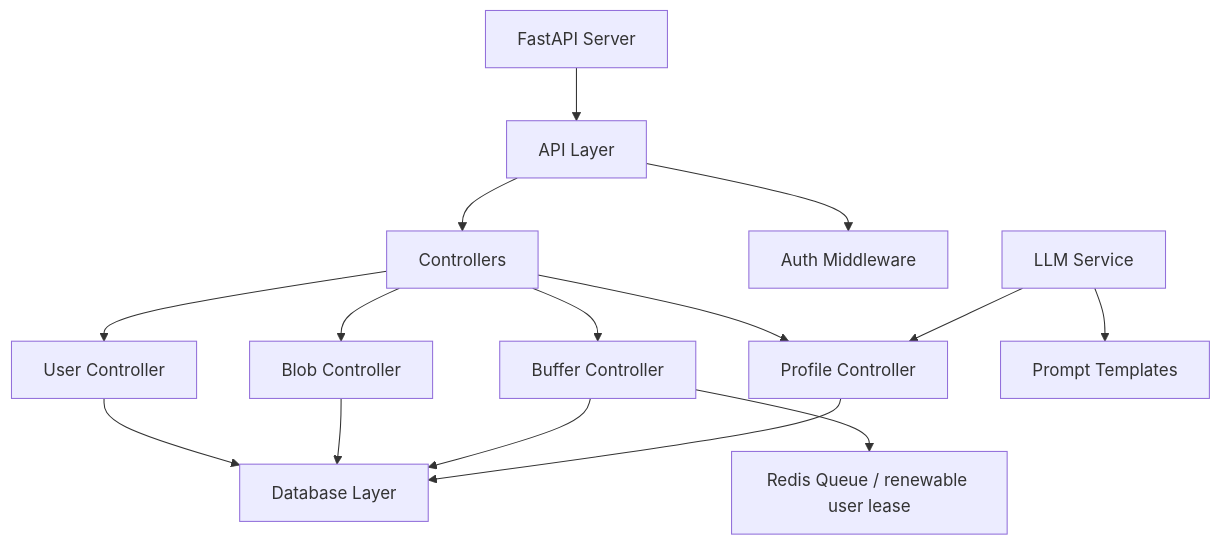
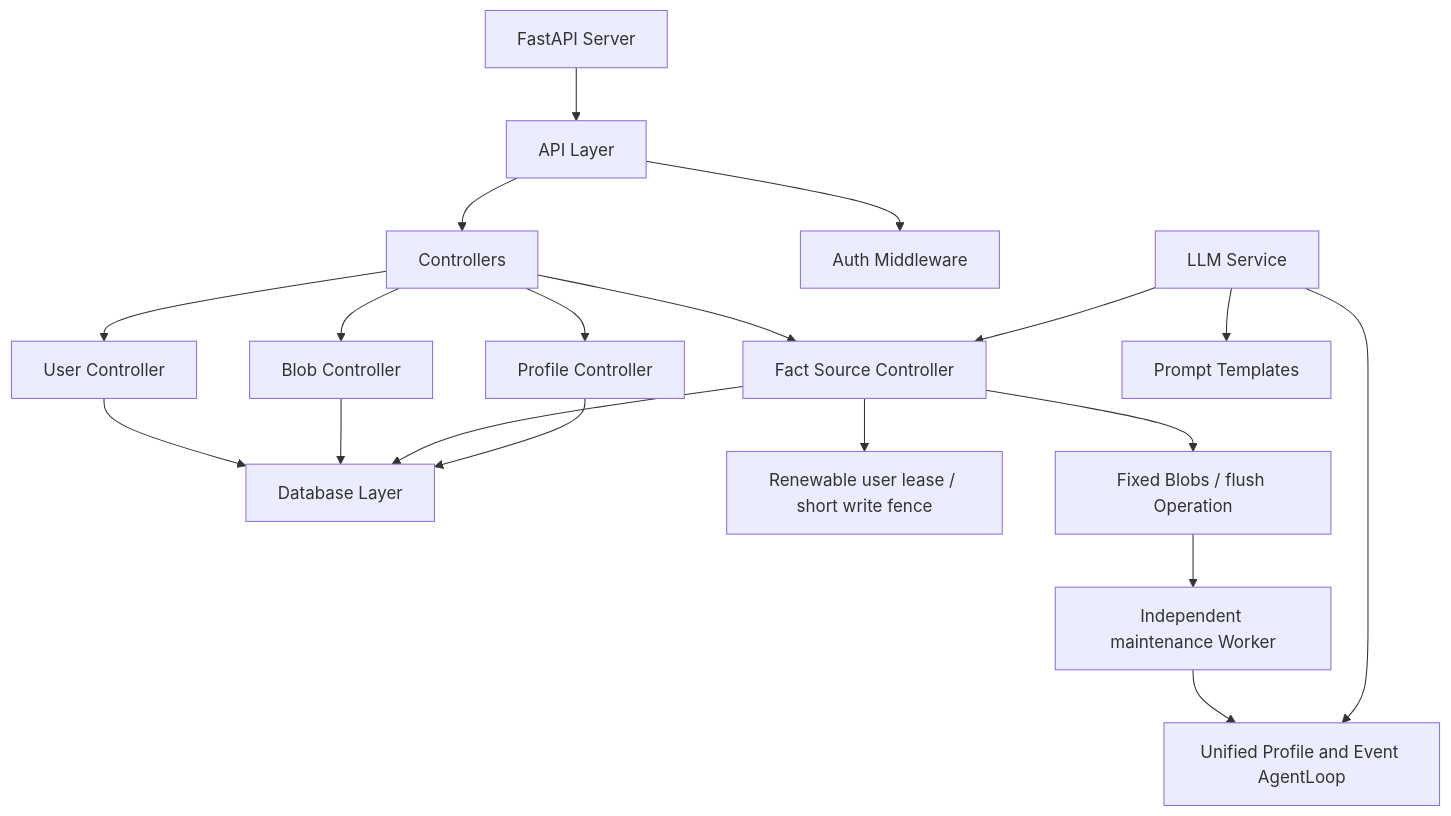
One commit to jianify-llc/memoia changed the first of 3 diagrams in src/server/api/DEVELOPMENT.md. Above: the diagram before and after it, drawn with Mermaid. The commit also changed other lines of this file and 81 other files, not shown here.

````diff
--- a/src/server/api/DEVELOPMENT.md
+++ b/src/server/api/DEVELOPMENT.md
@@ -21,17 +20,21 @@
 ```mermaid
 graph TD
     A[FastAPI Server] --> B[API Layer]
     B --> C[Controllers]
     B --> D[Auth Middleware]
     
     C --> E[User Controller]
     C --> F[Blob Controller]
-    C --> G[Buffer Controller]
+    C --> G[Fact Source Controller]
     C --> H[Profile Controller]
     
     E & F & G & H --> I[Database Layer]
-    G --> J[Redis Queue / renewable user lease]
+    G --> J[Renewable user lease / short write fence]
+    G --> M[Fixed Blobs / flush Operation]
+    M --> N[Independent maintenance Worker]
+    N --> O[Unified Profile and Event AgentLoop]
     
-    K[LLM Service] --> H
+    K[LLM Service] --> G
+    K --> O
     K --> L[Prompt Templates]
 ```
````
